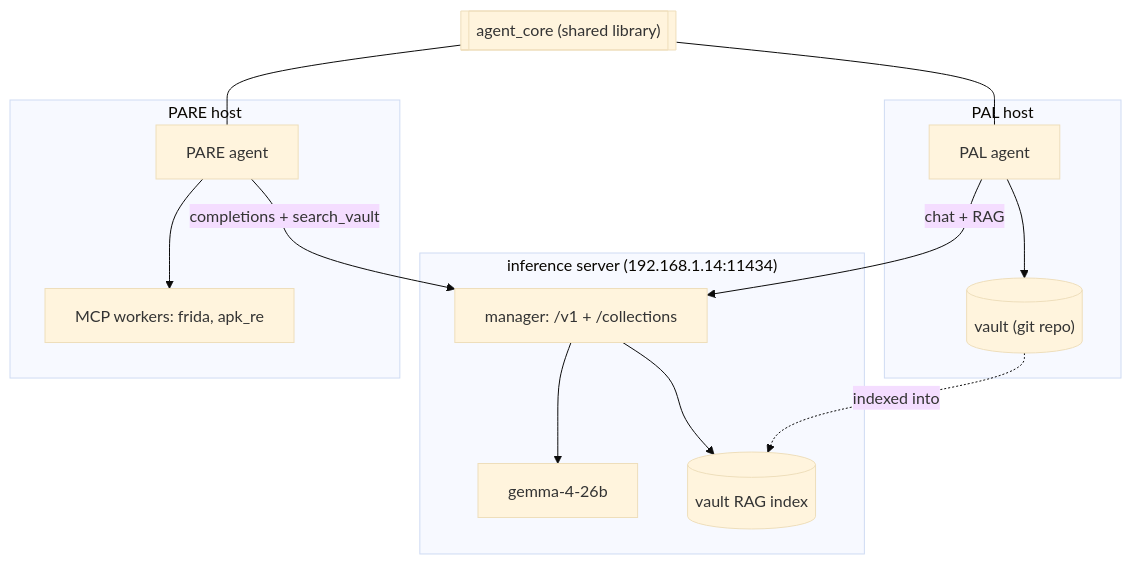
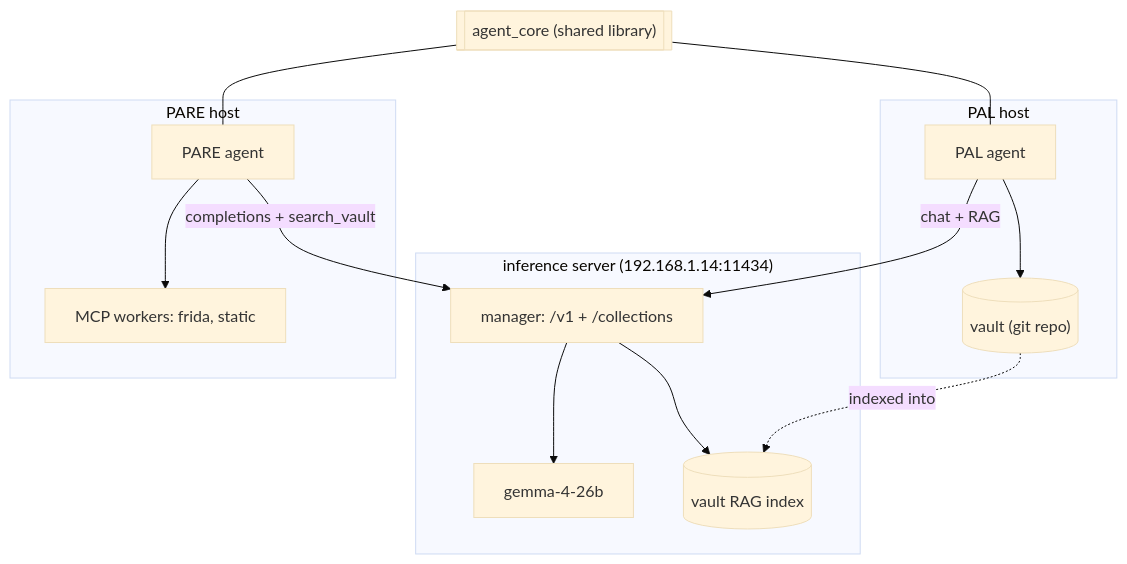
Before and after one commit to EdibleTuber/PARE: the fourth of 4 diagrams in README.md, drawn with Mermaid (base theme). The commit also changed other lines of this file, not shown here.

First line of the commit message:
docs(readme): apk_re_agents -> pare-static-mcp currency cleanup

````diff
--- a/README.md
+++ b/README.md
@@ -298,18 +299,18 @@
 ```mermaid
 flowchart TB
     subgraph inf["inference server (192.168.1.14:11434)"]
         MGR["manager: /v1 + /collections"] --> LLM["gemma-4-26b"]
         MGR --> RAG[("vault RAG index")]
     end
     subgraph palside["PAL host"]
         PAL["PAL agent"] --> VAULT[("vault (git repo)")]
     end
     subgraph pareside["PARE host"]
-        PARE["PARE agent"] --> WK["MCP workers: frida, apk_re"]
+        PARE["PARE agent"] --> WK["MCP workers: frida, static"]
     end
     VAULT -. indexed into .-> RAG
     PAL -->|"chat + RAG"| MGR
     PARE -->|"completions + search_vault"| MGR
     AC[["agent_core (shared library)"]] --- PAL
     AC --- PARE
 ```
````
